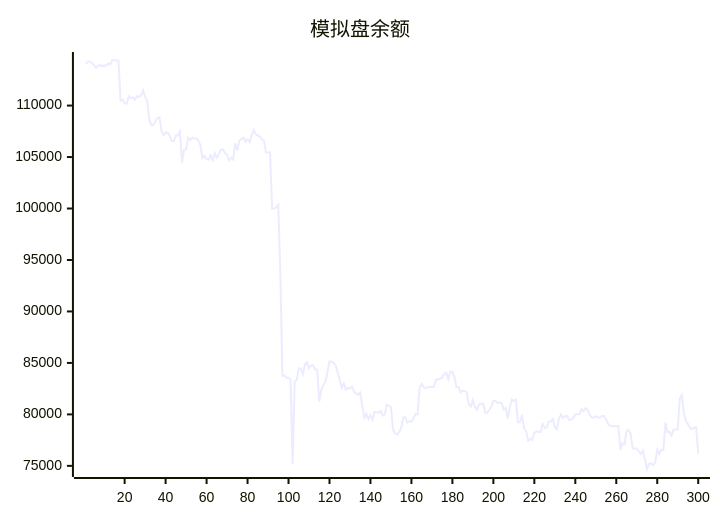
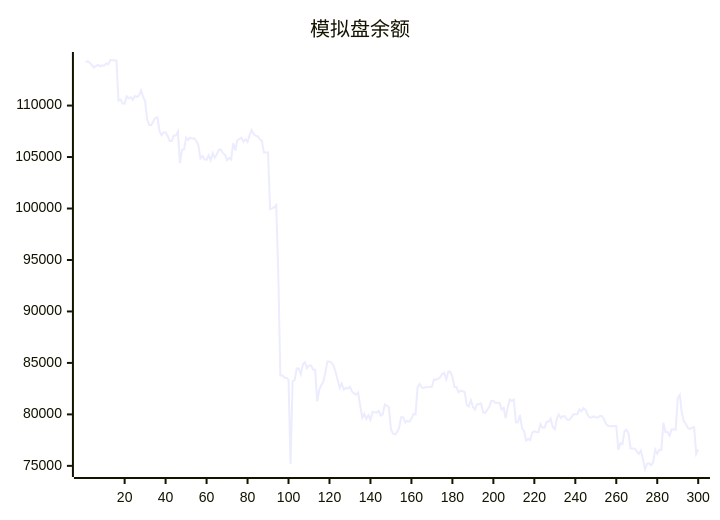
One commit to aahl/ai-trading changed the diagram in README.md. Above: the diagram before and after it, drawn with Mermaid. The commit also changed other lines of this file and 1 other file, not shown here.

````diff
--- a/README.md
+++ b/README.md
@@ -5,5 +5,5 @@
 ```mermaid
 xychart
     title "模拟盘余额"
-    line [114064,114232,114293,114144,113960,113698,113853,113942,113812,113908,113877,114091,113998,114427,114422,114384,114384,110477,110576,110198,110198,110890,110712,110812,110569,110929,110847,110968,111478,110870,110433,108661,108116,108115,108485,108797,108877,107536,107134,107393,107393,107046,106565,106565,107081,107081,107478,104404,105715,105749,106866,106651,106889,106771,106816,106565,106141,104876,105103,104796,104734,105169,104690,105380,104941,105272,105709,105739,105374,105227,104691,104924,104762,106364,105628,106608,106748,106872,106485,106721,106468,107132,107620,107224,107080,107001,106717,106567,105431,105431,105440,99950,100017,100113,100337,93749,83795,83807,83567,83567,83342,75168,83222,83336,84448,84449,83896,84839,85065,84499,84757,84757,84364,84347,81254,82385,82835,83184,84099,85150,85150,85002,84751,84096,83356,82582,82983,82404,82572,82512,82688,82200,82047,81920,82125,80840,79688,80060,79552,79920,79470,80236,80208,80170,80336,79894,80006,80954,80837,80712,78561,78139,78037,78293,78682,79720,79720,79214,79372,79279,79591,80046,79993,82625,82950,82626,82571,82633,82670,82670,82681,83386,83378,83464,83579,83920,84037,83402,84160,84142,83652,82655,82655,82145,82315,82243,82163,80934,80770,81371,80742,80468,80989,80989,81067,80191,80155,80450,80737,81309,81309,81106,81119,81119,80471,80631,79624,80670,81448,81290,81429,79212,79222,79940,78643,78380,77432,77623,77504,78235,78358,78284,78277,79048,78714,78714,79290,79308,79567,78763,78563,79603,79988,79652,79813,79813,79476,79469,79673,79995,80015,80015,80486,80314,80600,80436,79966,79689,79689,79819,79692,79692,79850,79850,79518,79071,78889,78850,78850,78878,78878,76554,77202,77103,78357,78510,78106,76678,76677,76672,76411,76159,76485,75656,74695,75197,75246,75052,75334,76564,76179,76553,76551,79196,78300,78300,77944,78531,78531,78521,81564,81884,80160,79335,79055,78675,78580,78708,78764,76179]
+    line [114232,114293,114144,113960,113698,113853,113942,113812,113908,113877,114091,113998,114427,114422,114384,114384,110477,110576,110198,110198,110890,110712,110812,110569,110929,110847,110968,111478,110870,110433,108661,108116,108115,108485,108797,108877,107536,107134,107393,107393,107046,106565,106565,107081,107081,107478,104404,105715,105749,106866,106651,106889,106771,106816,106565,106141,104876,105103,104796,104734,105169,104690,105380,104941,105272,105709,105739,105374,105227,104691,104924,104762,106364,105628,106608,106748,106872,106485,106721,106468,107132,107620,107224,107080,107001,106717,106567,105431,105431,105440,99950,100017,100113,100337,93749,83795,83807,83567,83567,83342,75168,83222,83336,84448,84449,83896,84839,85065,84499,84757,84757,84364,84347,81254,82385,82835,83184,84099,85150,85150,85002,84751,84096,83356,82582,82983,82404,82572,82512,82688,82200,82047,81920,82125,80840,79688,80060,79552,79920,79470,80236,80208,80170,80336,79894,80006,80954,80837,80712,78561,78139,78037,78293,78682,79720,79720,79214,79372,79279,79591,80046,79993,82625,82950,82626,82571,82633,82670,82670,82681,83386,83378,83464,83579,83920,84037,83402,84160,84142,83652,82655,82655,82145,82315,82243,82163,80934,80770,81371,80742,80468,80989,80989,81067,80191,80155,80450,80737,81309,81309,81106,81119,81119,80471,80631,79624,80670,81448,81290,81429,79212,79222,79940,78643,78380,77432,77623,77504,78235,78358,78284,78277,79048,78714,78714,79290,79308,79567,78763,78563,79603,79988,79652,79813,79813,79476,79469,79673,79995,80015,80015,80486,80314,80600,80436,79966,79689,79689,79819,79692,79692,79850,79850,79518,79071,78889,78850,78850,78878,78878,76554,77202,77103,78357,78510,78106,76678,76677,76672,76411,76159,76485,75656,74695,75197,75246,75052,75334,76564,76179,76553,76551,79196,78300,78300,77944,78531,78531,78521,81564,81884,80160,79335,79055,78675,78580,78708,78764,76179,76586]
 ```
````
